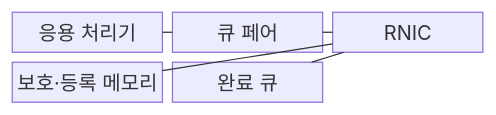
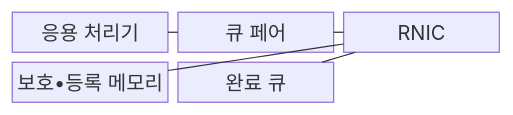
The first of 2 diagrams in src/content/docs/notes/04-network/102_rdma.md (agnusdei1207/knowledge-base), drawn with Mermaid before and after one commit. The commit also changed other lines of this file and 953 other files, not shown here.

````diff
--- a/src/content/docs/notes/04-network/102_rdma.md
+++ b/src/content/docs/notes/04-network/102_rdma.md
@@ -66,13 +66,13 @@
 ```mermaid
 block-beta
     columns 3
     A["응용 처리기"]
     B["큐 페어"]
     C["RNIC"]
-    D["보호·등록 메모리"]
+    D["보호•등록 메모리"]
     E["완료 큐"]
     A --- B
     B --- C
     C --- D
     C --- E
 ```
````
